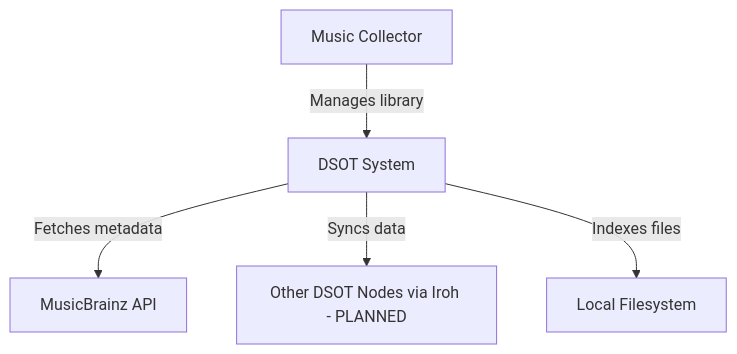
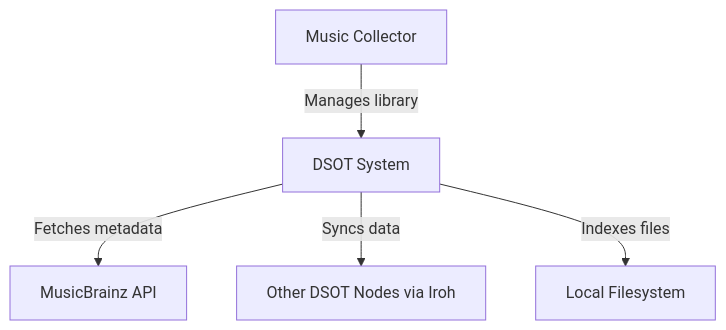
The diagram in docs/diagrams/context.mermaid (Davidblkx/dsot), drawn with Mermaid before and after one commit. The commit also changed 8 other files, not shown here.

First line of the commit message:
Document network and serialization architecture

```diff
--- a/docs/diagrams/context.mermaid
+++ b/docs/diagrams/context.mermaid
@@ -1,11 +1,11 @@
 graph TD
     User[Music Collector]
     DSOT[DSOT System]
     MB[MusicBrainz API]
-    P2P[Other DSOT Nodes via Iroh - PLANNED]
+    P2P[Other DSOT Nodes via Iroh]
     FS[Local Filesystem]
 
     User -->|Manages library| DSOT
     DSOT -->|Fetches metadata| MB
     DSOT -->|Syncs data| P2P
     DSOT -->|Indexes files| FS
```
